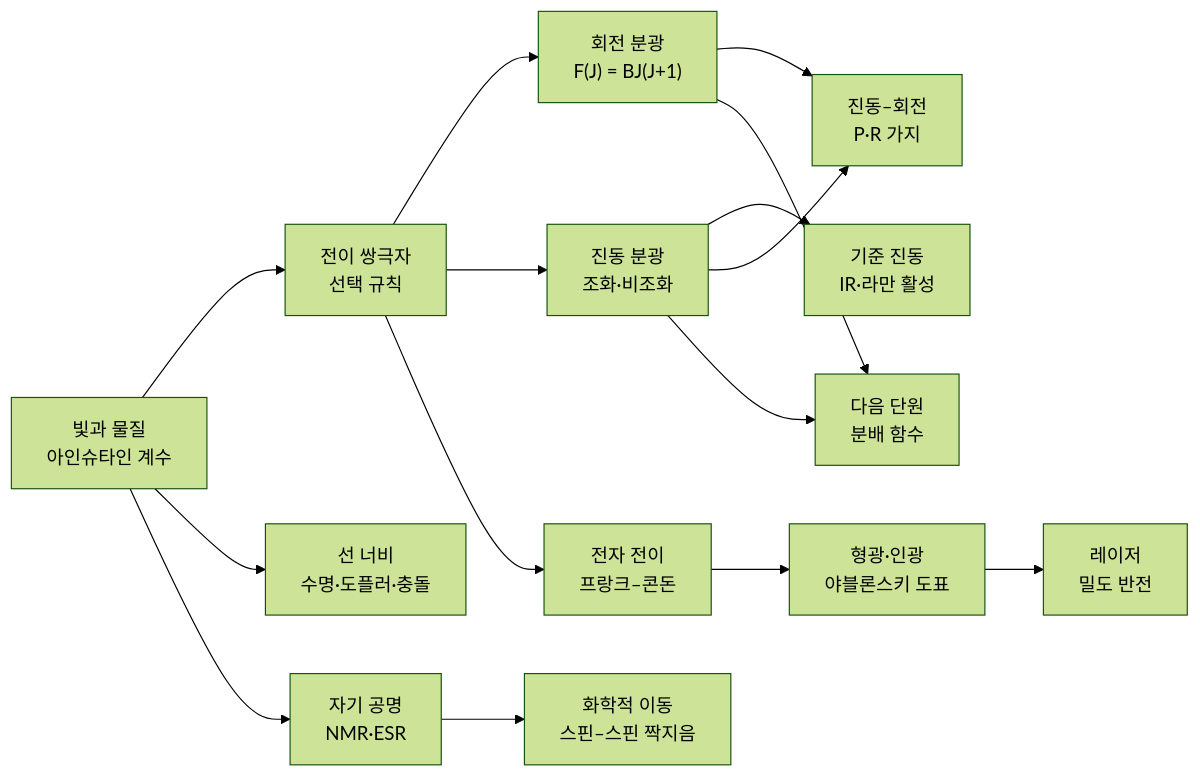
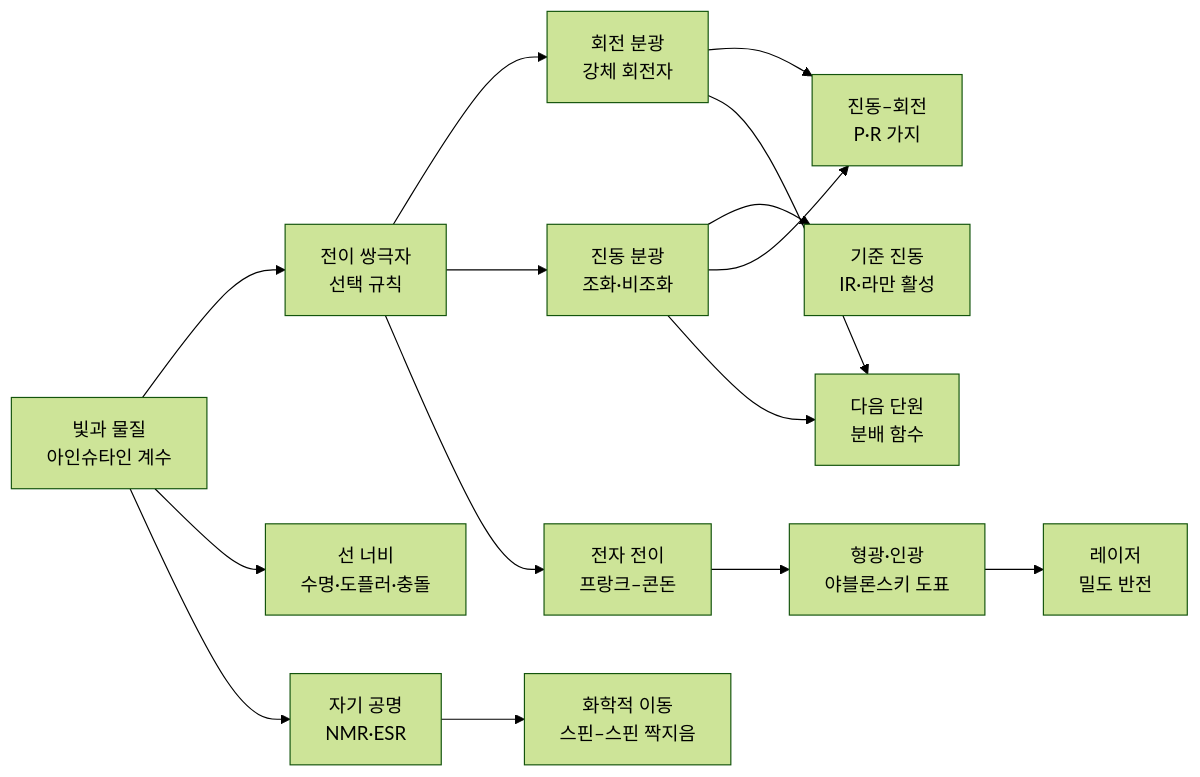
The diagram in 대학_전공과정/물리화학/pchem-10_분자_분광학.md (EricKOR1/sciencebook), drawn with Mermaid (forest theme) before and after one commit. The commit also changed other lines of this file and 66 other files, not shown here.

````diff
--- a/대학_전공과정/물리화학/pchem-10_분자_분광학.md
+++ b/대학_전공과정/물리화학/pchem-10_분자_분광학.md
@@ -44,17 +44,17 @@
 ```mermaid
 flowchart LR
     A["빛과 물질<br/>아인슈타인 계수"] --> B["전이 쌍극자<br/>선택 규칙"]
     A --> C["선 너비<br/>수명·도플러·충돌"]
-    B --> D["회전 분광<br/>F(J) = BJ(J+1)"]
+    B --> D["회전 분광<br/>강체 회전자"]
     B --> E["진동 분광<br/>조화·비조화"]
     E --> F["기준 진동<br/>IR·라만 활성"]
     D --> G["진동–회전<br/>P·R 가지"]
     E --> G
     B --> H["전자 전이<br/>프랑크–콘돈"]
     H --> I["형광·인광<br/>야블론스키 도표"]
     I --> J["레이저<br/>밀도 반전"]
     A --> K["자기 공명<br/>NMR·ESR"]
     K --> L["화학적 이동<br/>스핀–스핀 짝지음"]
     D --> M["다음 단원<br/>분배 함수"]
     E --> M
 ```
````
